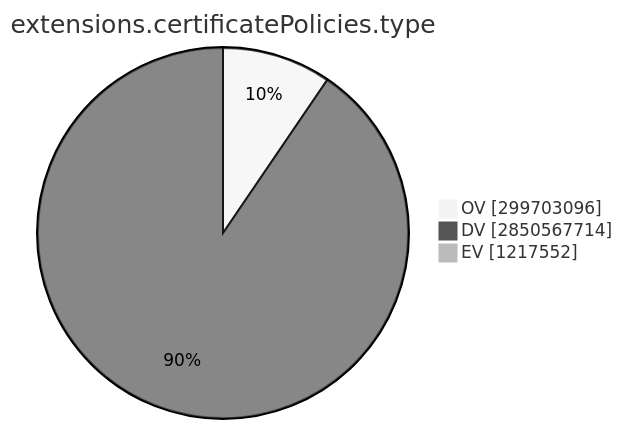
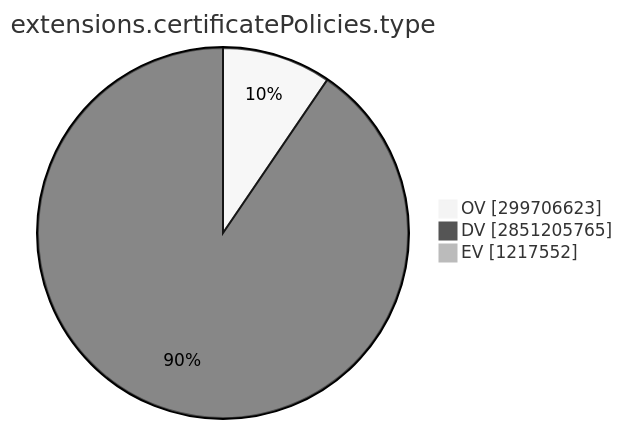
The ninth of 15 diagrams in TOTAL/README.md (christiankrug/ctmonitor_visualization), drawn with Mermaid (neutral theme) before and after one commit. The commit also changed other lines of this file, not shown here.

````diff
--- a/TOTAL/README.md
+++ b/TOTAL/README.md
@@ -3101,7 +3101,7 @@
 ```mermaid
 pie showData
 title extensions.certificatePolicies.type
-"OV" :299703096
-"DV" :2850567714
+"OV" :299706623
+"DV" :2851205765
 "EV" :1217552
 ```
````
